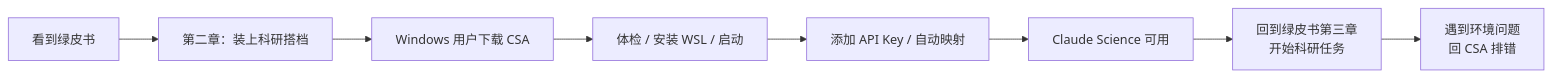
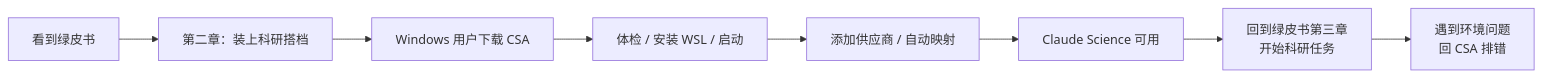
The diagram in docs/green-book-integration.zh-CN.md (Dalaoyuan2020/claude-science-assistant), drawn with Mermaid before and after one commit. The commit also changed other lines of this file and 13 other files, not shown here.

````diff
--- a/docs/green-book-integration.zh-CN.md
+++ b/docs/green-book-integration.zh-CN.md
@@ -97,10 +97,10 @@
 ```mermaid
 flowchart LR
     A["看到绿皮书"] --> B["第二章：装上科研搭档"]
     B --> C["Windows 用户下载 CSA"]
     C --> D["体检 / 安装 WSL / 启动"]
-    D --> E["添加 API Key / 自动映射"]
+    D --> E["添加供应商 / 自动映射"]
     E --> F["Claude Science 可用"]
     F --> G["回到绿皮书第三章\n开始科研任务"]
     G --> H["遇到环境问题\n回 CSA 排错"]
 ```
````
